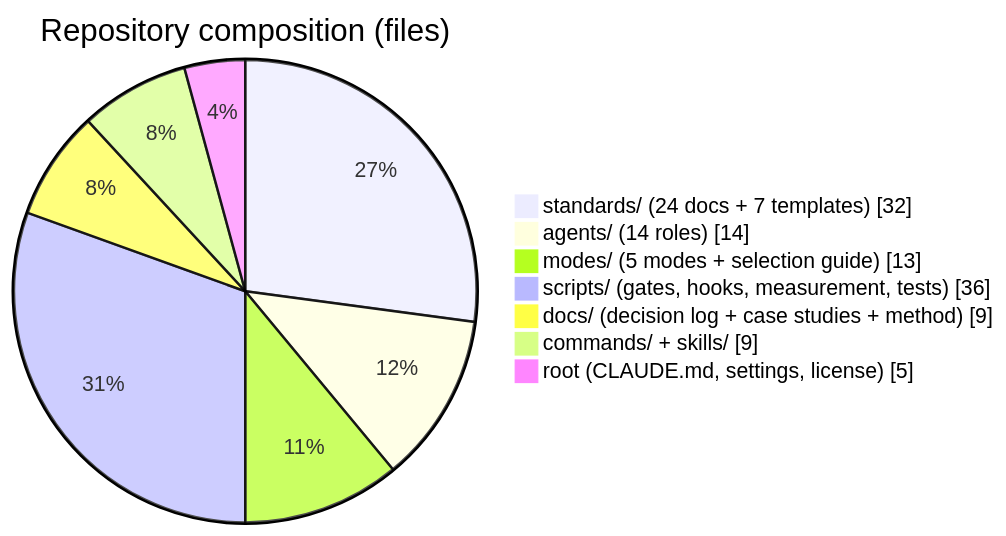
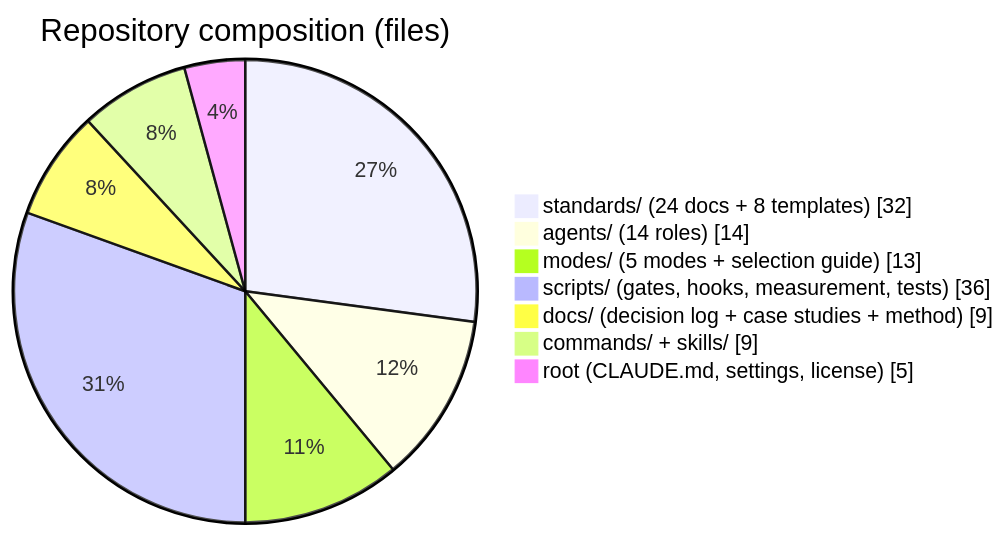
Before and after one commit to adyusuf/claude-code-standards: the second of 4 diagrams in README.md, drawn with Mermaid. The commit also changed other lines of this file and 8 other files, not shown here.

````diff
--- a/README.md
+++ b/README.md
@@ -248,10 +248,10 @@
 ```mermaid
 pie showData title Repository composition (files)
- "standards/ (24 docs + 7 templates)" : 32
+ "standards/ (24 docs + 8 templates)" : 32
  "agents/ (14 roles)" : 14
  "modes/ (5 modes + selection guide)" : 13
  "scripts/ (gates, hooks, measurement, tests)" : 36
  "docs/ (decision log + case studies + method)" : 9
  "commands/ + skills/" : 9
  "root (CLAUDE.md, settings, license)" : 5
 ```
````
